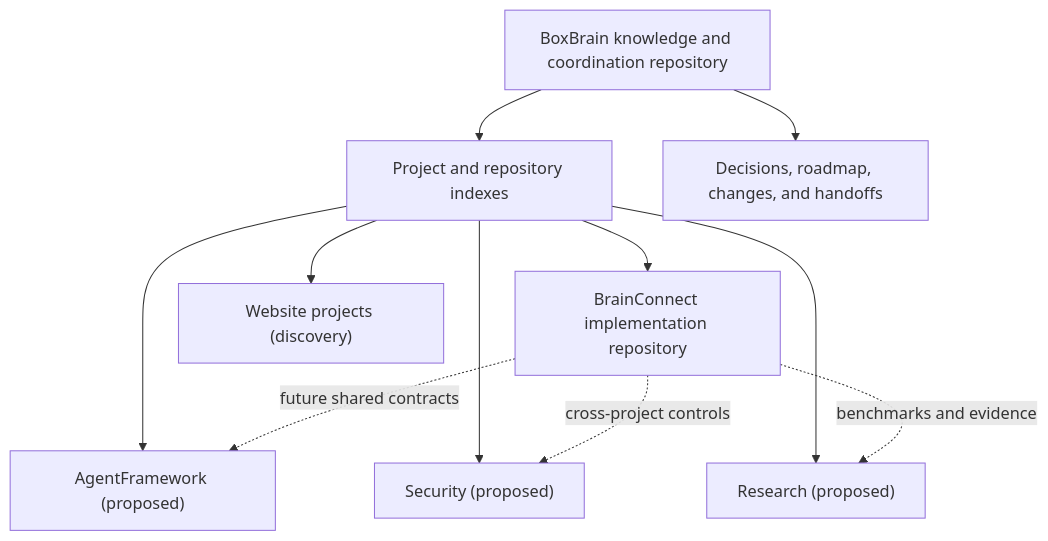
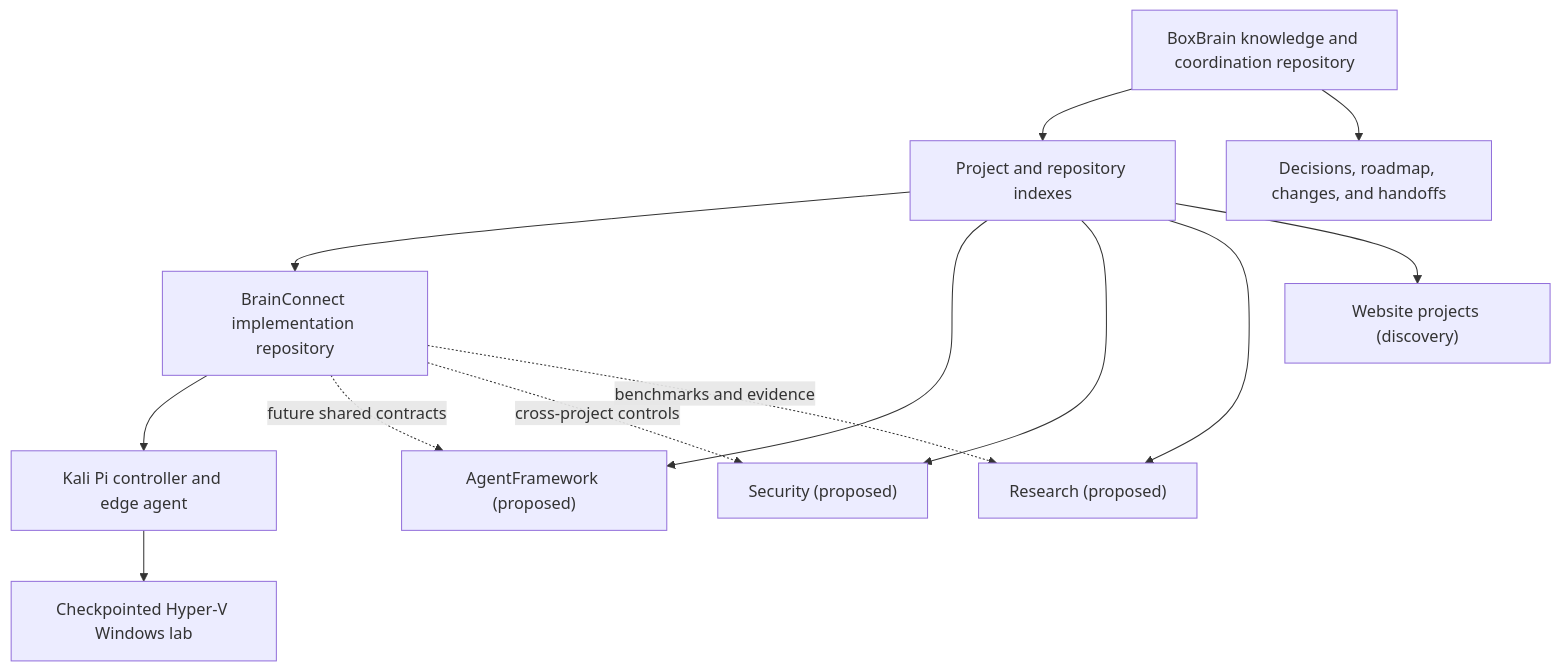
The diagram in Architecture/SystemArchitecture.md (FormatX66/BoxBrain), drawn with Mermaid before and after one commit. The commit also changed other lines of this file and 42 other files, not shown here.

Commit message:
feat: add clean Hyper-V Windows target

````diff
--- a/Architecture/SystemArchitecture.md
+++ b/Architecture/SystemArchitecture.md
@@ -6,22 +6,26 @@
 ```mermaid
 flowchart TD
     BB["BoxBrain knowledge and coordination repository"]
     PI["Project and repository indexes"]
     GOV["Decisions, roadmap, changes, and handoffs"]
     BC["BrainConnect implementation repository"]
+    PICTRL["Kali Pi controller and edge agent"]
+    WINLAB["Checkpointed Hyper-V Windows lab"]
     AF["AgentFramework (proposed)"]
     SEC["Security (proposed)"]
     RES["Research (proposed)"]
     WEB["Website projects (discovery)"]
 
     BB --> PI
     BB --> GOV
     PI --> BC
+    BC --> PICTRL
+    PICTRL --> WINLAB
     PI --> AF
     PI --> SEC
     PI --> RES
     PI --> WEB
     BC -. future shared contracts .-> AF
     BC -. cross-project controls .-> SEC
     BC -. benchmarks and evidence .-> RES
 ```
````
